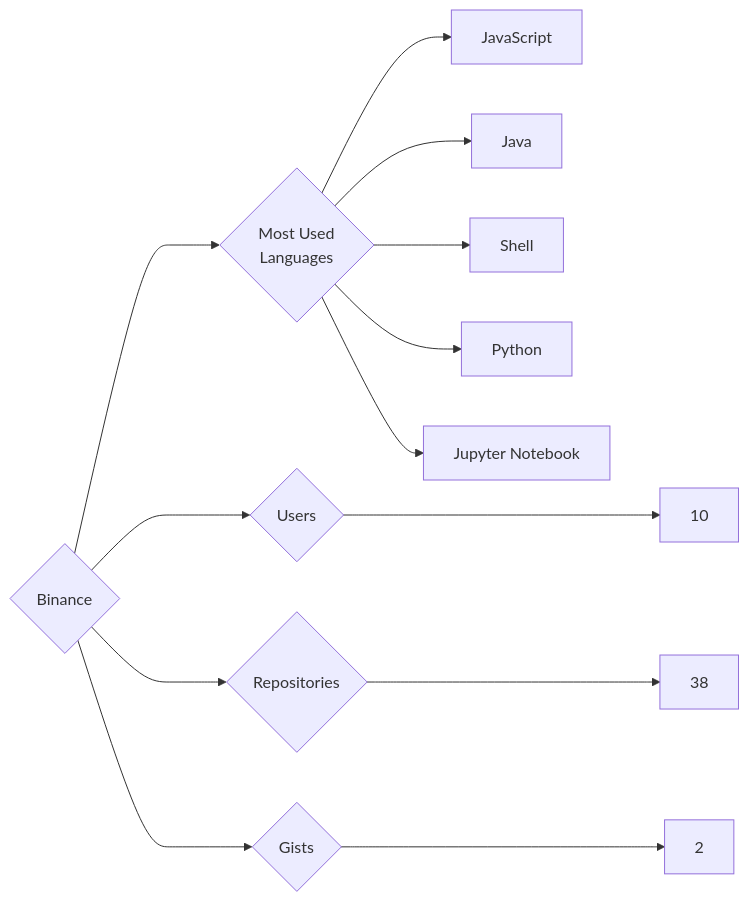
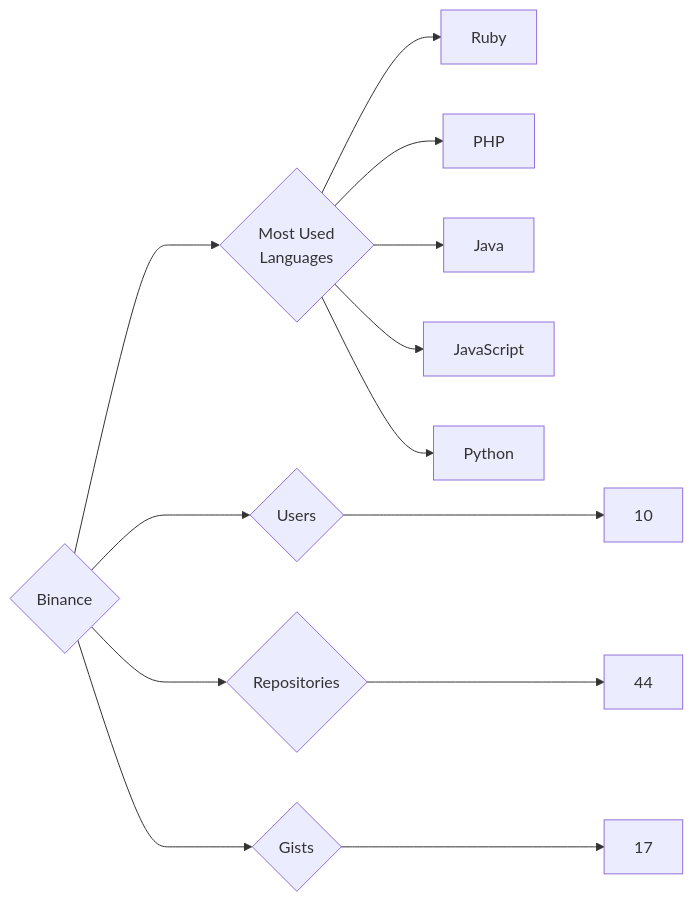
The diagram in targets/Binance/README.md (trickest/insiders), drawn with Mermaid before and after one commit. The commit also changed 1167 other files, not shown here.

````diff
--- a/targets/Binance/README.md
+++ b/targets/Binance/README.md
@@ -3,13 +3,13 @@
 ```mermaid
 graph LR
 COMPANY_NAME{Binance}
 COMPANY_NAME ---> U{Users} ---> UN[10]
-COMPANY_NAME ---> R{Repositories} ---> RN[38]
-COMPANY_NAME ---> G{Gists} ---> GN[2]
+COMPANY_NAME ---> R{Repositories} ---> RN[44]
+COMPANY_NAME ---> G{Gists} ---> GN[17]
 COMPANY_NAME ---> ML{Most Used<br>Languages}
+ML --> Ruby[Ruby]
+ML --> PHP[PHP]
+ML --> Java[Java]
 ML --> JavaScript[JavaScript]
-ML --> Java[Java]
-ML --> Shell[Shell]
 ML --> Python[Python]
-ML --> Jupyter_Notebook[Jupyter Notebook]
 ```
````
